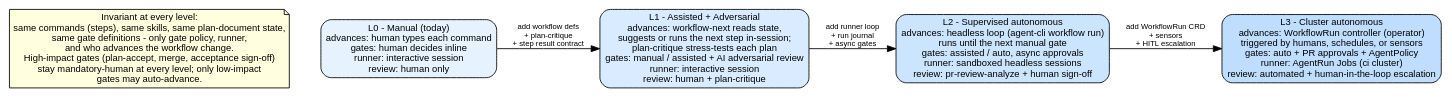
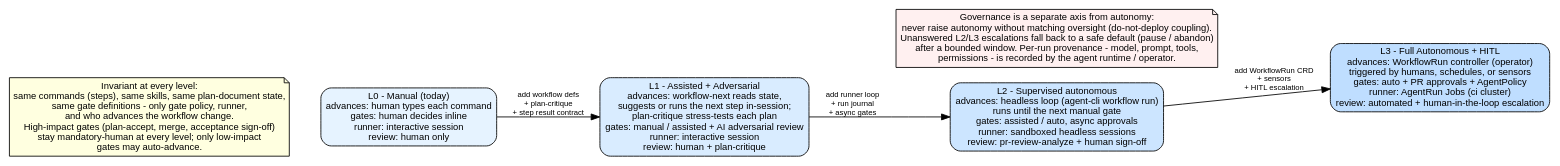
The diagram in packages/diagram/diagram-agent-workflow/maturity-ladder.dot (xonovex/platform), drawn with Graphviz before and after one commit. The commit also changed 6 other files, not shown here.

```diff
--- a/packages/diagram/diagram-agent-workflow/maturity-ladder.dot
+++ b/packages/diagram/diagram-agent-workflow/maturity-ladder.dot
@@ -1,19 +1,22 @@
 digraph AgenticMaturityLadder {
   // Progressive automation: what changes per level, and what never does.
   rankdir=LR;
   splines=polyline;
   node [shape=box, style="rounded,filled", fillcolor=white, fontname="Arial", fontsize=11];
   edge [fontname="Arial", fontsize=9];
 
   l0 [label="L0 - Manual (today)\nadvances: human types each command\ngates: human decides inline\nrunner: interactive session\nreview: human only", fillcolor="#e6f3ff"];
   l1 [label="L1 - Assisted + Adversarial\nadvances: workflow-next reads state,\nsuggests or runs the next step in-session;\nplan-critique stress-tests each plan\ngates: manual / assisted + AI adversarial review\nrunner: interactive session\nreview: human + plan-critique", fillcolor="#d9ecff"];
   l2 [label="L2 - Supervised autonomous\nadvances: headless loop (agent-cli workflow run)\nruns until the next manual gate\ngates: assisted / auto, async approvals\nrunner: sandboxed headless sessions\nreview: pr-review-analyze + human sign-off", fillcolor="#cce5ff"];
-  l3 [label="L3 - Cluster autonomous\nadvances: WorkflowRun controller (operator)\ntriggered by humans, schedules, or sensors\ngates: auto + PR approvals + AgentPolicy\nrunner: AgentRun Jobs (ci cluster)\nreview: automated + human-in-the-loop escalation", fillcolor="#bfdeff"];
+  l3 [label="L3 - Full Autonomous + HITL\nadvances: WorkflowRun controller (operator)\ntriggered by humans, schedules, or sensors\ngates: auto + PR approvals + AgentPolicy\nrunner: AgentRun Jobs (ci cluster)\nreview: automated + human-in-the-loop escalation", fillcolor="#bfdeff"];
 
   l0 -> l1 [label="add workflow defs\n+ plan-critique\n+ step result contract"];
   l1 -> l2 [label="add runner loop\n+ run journal\n+ async gates"];
   l2 -> l3 [label="add WorkflowRun CRD\n+ sensors\n+ HITL escalation"];
 
   invariant [label="Invariant at every level:\nsame commands (steps), same skills, same plan-document state,\nsame gate definitions - only gate policy, runner,\nand who advances the workflow change.\nHigh-impact gates (plan-accept, merge, acceptance sign-off)\nstay mandatory-human at every level; only low-impact\ngates may auto-advance.", shape=note, fillcolor=lightyellow];
   invariant -> l0 [style=invis];
+
+  governance [label="Governance is a separate axis from autonomy:\nnever raise autonomy without matching oversight (do-not-deploy coupling).\nUnanswered L2/L3 escalations fall back to a safe default (pause / abandon)\nafter a bounded window. Per-run provenance - model, prompt, tools,\npermissions - is recorded by the agent runtime / operator.", shape=note, fillcolor="#fff0f0"];
+  governance -> l3 [style=invis];
 }
```
